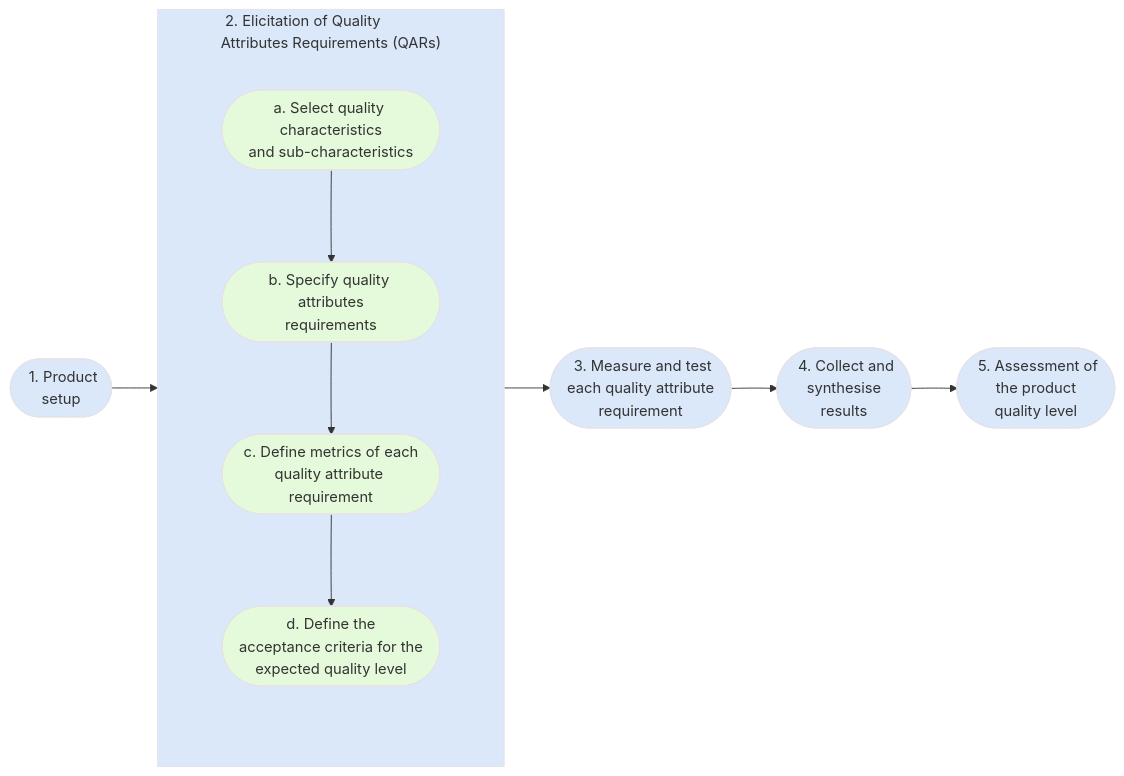
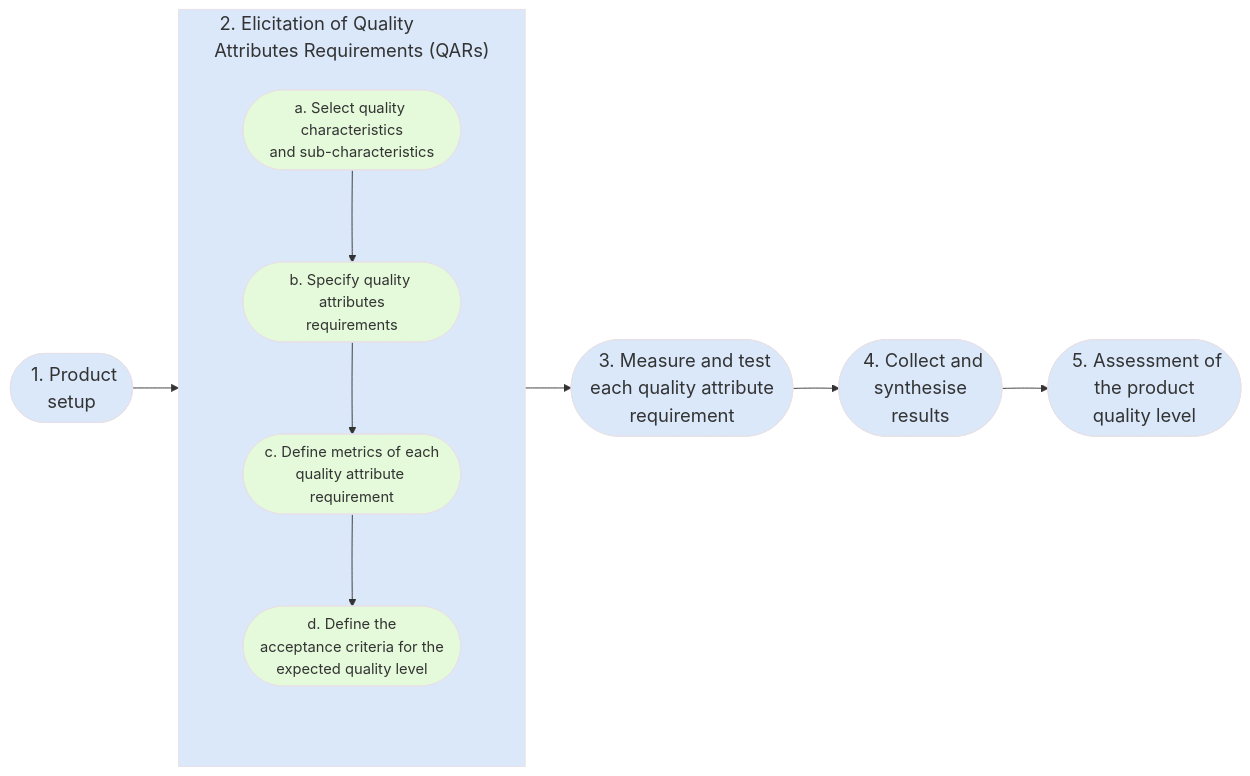
The diagram in notes/unit8_metrics/internal.md (edinburgh-napier/SET09102), drawn with Mermaid before and after one commit. The commit also changed 2 other files, not shown here.

````diff
--- a/notes/unit8_metrics/internal.md
+++ b/notes/unit8_metrics/internal.md
@@ -393,40 +393,40 @@
 ``` mermaid
 flowchart LR
     classDef invisible stroke:none,fill:none
-    classDef mainStep fill:#dae8fa,stroke:#e6e1e8,fontSize:18
+    classDef mainStep fill:#dae8fa,stroke:#e6e1e8,font-size:20px
     classDef subStep fill:#e4fada,stroke:#e6e1e8
 
     subgraph id2["&nbsp;2. Elicitation of Quality<br/>Attributes Requirements (QARs)"]
         subgraph spacer [ ]
             direction TB
             id2a --> id2b
             id2b --> id2c
             id2c --> id2d
         end
     end
 
     id1(["&nbsp;1. Product<br/>setup"])
     id2a(["a. Select quality characteristics<br/>and sub-characteristics"])
     id2b(["b. Specify quality attributes<br/>requirements"])
     id2c(["c. Define metrics of each<br/>quality attribute requirement"])
     id2d(["d. Define the<br/>acceptance criteria for the<br/>expected quality level"])
     id3(["&nbsp;3. Measure and test<br/>each quality attribute<br/>requirement"])
     id4(["&nbsp;4. Collect and<br/>synthesise<br/>results"])
     id5(["&nbsp;5. Assessment of<br/>the product<br/>quality level"])
 
     id1 --> id2
     id2 --> id3
     id3 --> id4
     id4 --> id5
 
     class spacer invisible
     class id1 mainStep
     class id2 mainStep
     class id3 mainStep
     class id4 mainStep
     class id5 mainStep
     class id2a subStep
     class id2b subStep
     class id2c subStep
     class id2d subStep
 ```
````
